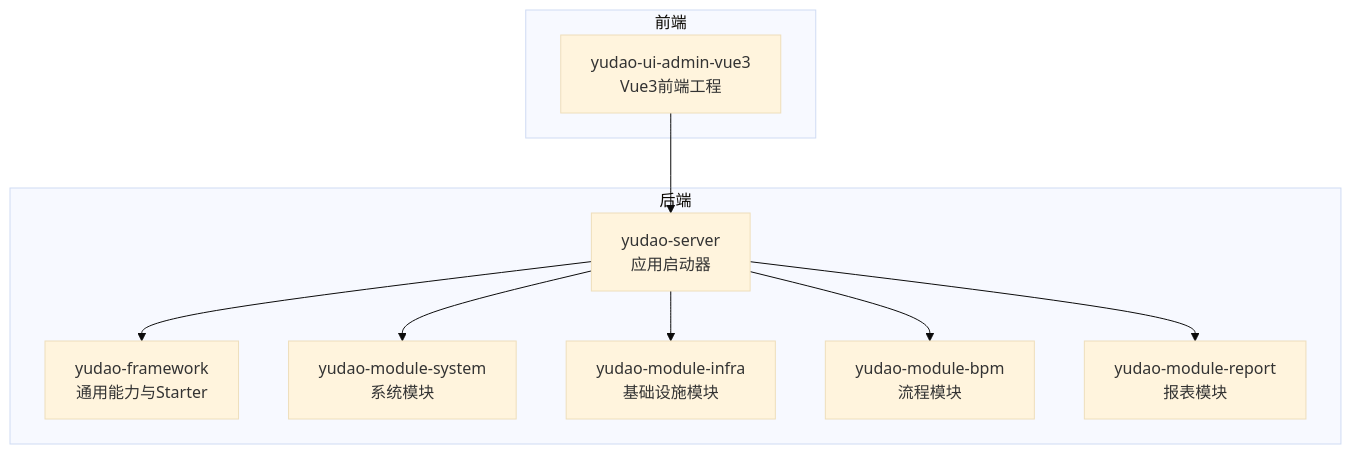
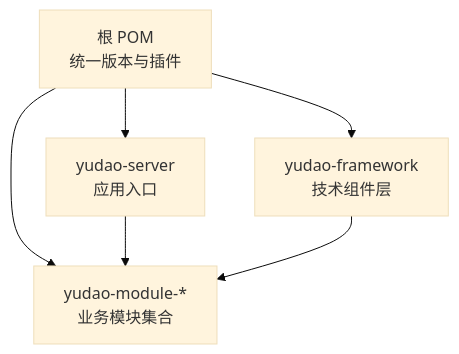
Before and after one commit to xiaoche80s-tech/rouyi-vue-pro: the first of 3 diagrams in .qoder/repowiki/zh/content/扩展开发/扩展开发.md, drawn with Mermaid (base theme). The commit also changed other lines of this file and 840 other files, not shown here.

````diff
--- a/.qoder/repowiki/zh/content/扩展开发/扩展开发.md
+++ b/.qoder/repowiki/zh/content/扩展开发/扩展开发.md
@@ -65,20 +90,8 @@
 ```mermaid
 graph TB
-subgraph "后端"
-S["yudao-server<br/>应用启动器"]
-F["yudao-framework<br/>通用能力与Starter"]
-M1["yudao-module-system<br/>系统模块"]
-M2["yudao-module-infra<br/>基础设施模块"]
-M3["yudao-module-bpm<br/>流程模块"]
-M4["yudao-module-report<br/>报表模块"]
-end
-subgraph "前端"
-FE["yudao-ui-admin-vue3<br/>Vue3前端工程"]
-end
-S --> F
-S --> M1
-S --> M2
-S --> M3
-S --> M4
-FE --> S
+Root["根 POM<br/>统一版本与插件"] --> Server["yudao-server<br/>应用入口"]
+Root --> Modules["yudao-module-*<br/>业务模块集合"]
+Root --> Framework["yudao-framework<br/>技术组件层"]
+Server --> Modules
+Framework --> Modules
 ```
````
